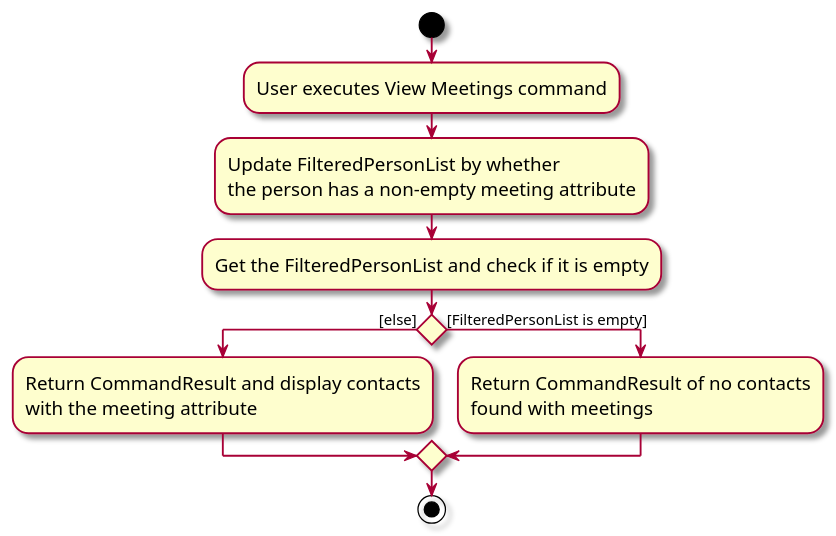
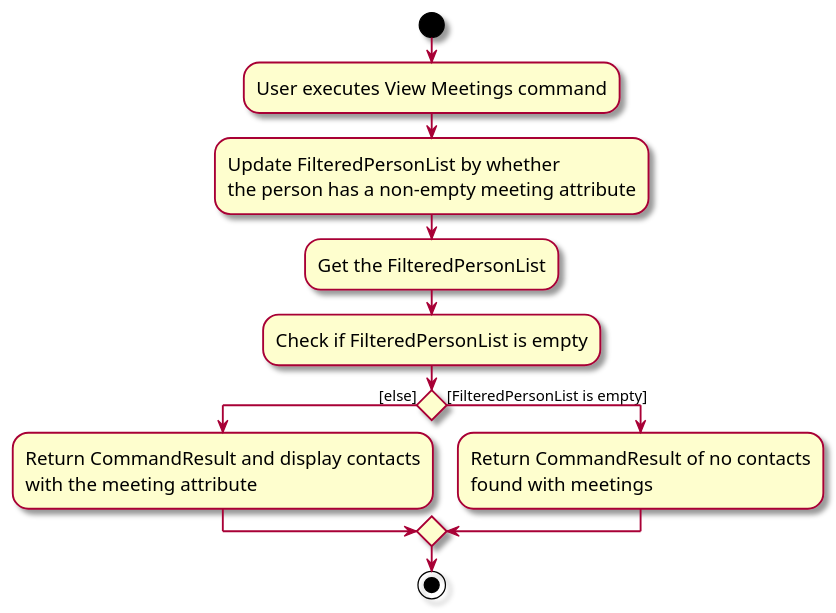
One commit to AY2324S2-CS2103T-F14-4/tp changed the diagram in diagrams/ViewMeetingsActivityDiagram.puml. Above: the diagram before and after it, drawn with PlantUML. The commit also changed 31 other files, not shown here.

```diff
--- a/diagrams/ViewMeetingsActivityDiagram.puml
+++ b/diagrams/ViewMeetingsActivityDiagram.puml
@@ -1,22 +1,23 @@
 @startuml
 skin rose
 skinparam ActivityFontSize 15
 skinparam ArrowFontSize 12
 start
 :User executes View Meetings command;
 
 'Since the beta syntax does not support placing the condition outside the
 'diamond we place it as the true branch instead.
 
 :Update FilteredPersonList by whether
 the person has a non-empty meeting attribute;
-:Get the FilteredPersonList and check if it is empty;
+:Get the FilteredPersonList;
+:Check if FilteredPersonList is empty;
 if () then ([else])
     :Return CommandResult and display contacts
     with the meeting attribute;
 else ([FilteredPersonList is empty])
     :Return CommandResult of no contacts
     found with meetings;
 endif
 stop
 @enduml
```
